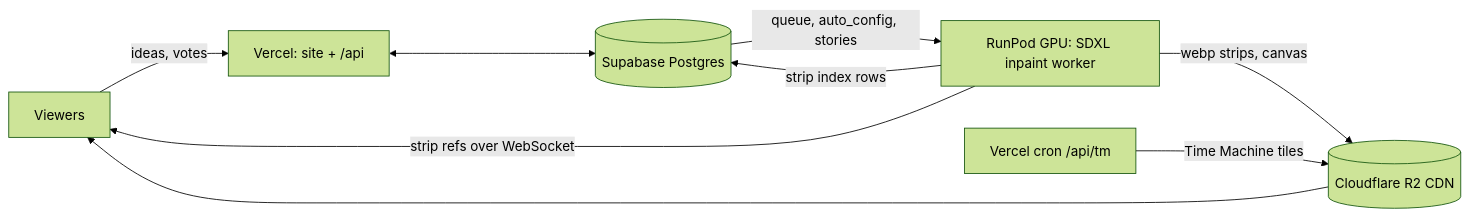
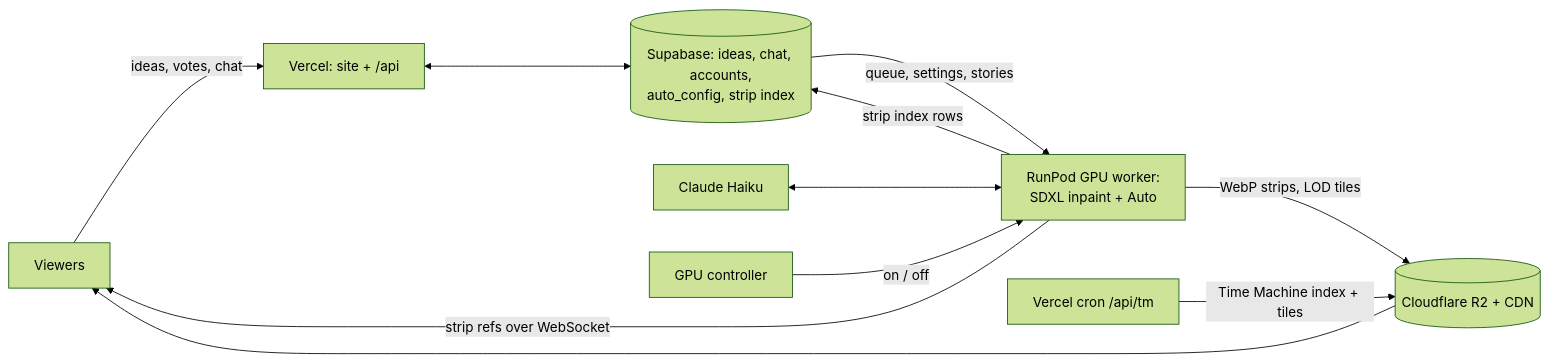
One commit to bicrick/infinite-tapestry changed the diagram in README.md. Above: the diagram before and after it, drawn with Mermaid (forest theme). The commit also changed other lines of this file and 7 other files, not shown here.

````diff
--- a/README.md
+++ b/README.md
@@ -17,11 +88,13 @@
 ```mermaid
 flowchart LR
-  V[Viewers] -- ideas, votes --> API[Vercel: site + /api]
-  API <--> DB[(Supabase Postgres)]
-  DB -- queue, auto_config, stories --> POD[RunPod GPU: SDXL inpaint worker]
+  V[Viewers] -- ideas, votes, chat --> API[Vercel: site + /api]
+  API <--> DB[(Supabase: ideas, chat, accounts,<br/>auto_config, strip index)]
+  DB -- queue, settings, stories --> POD[RunPod GPU worker:<br/>SDXL inpaint + Auto]
+  AUTO[Claude Haiku] <--> POD
   POD -- strip refs over WebSocket --> V
-  POD -- webp strips, canvas --> R2[(Cloudflare R2 CDN)]
+  POD -- WebP strips, LOD tiles --> R2[(Cloudflare R2 + CDN)]
   POD -- strip index rows --> DB
-  CRON[Vercel cron /api/tm] -- Time Machine tiles --> R2
+  CRON[Vercel cron /api/tm] -- Time Machine index + tiles --> R2
+  CTRL[GPU controller] -- on / off --> POD
   R2 --> V
 ```
````
